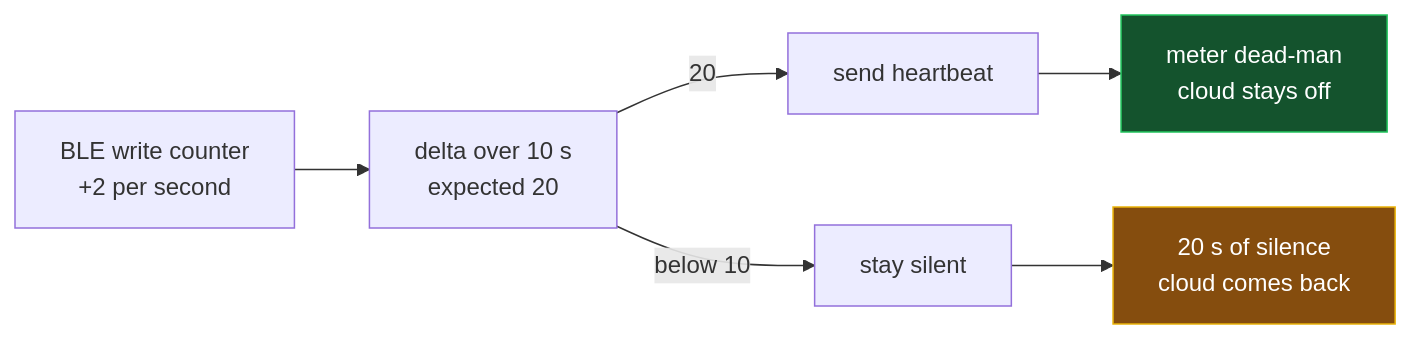
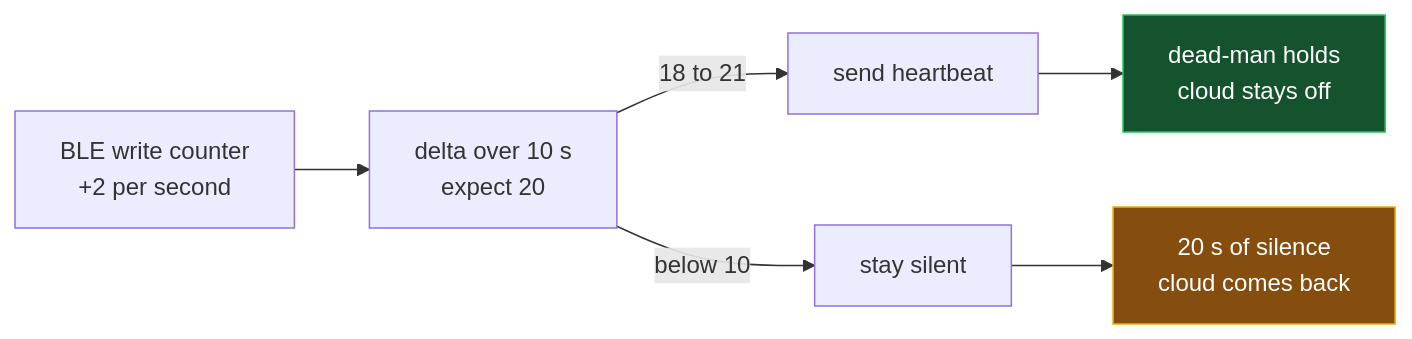
Diagram 16 of 17 in content/posts/ecoflow-zero-export-ble-meter-injection/index.md (phoinixgrr/mastori), drawn with Mermaid before and after one commit. The commit also changed other lines of this file, not shown here.

First line of the commit message:
Rewrite zero-export post: plainer prose, BIAS named, 17 diagrams

```diff
--- a/content/posts/ecoflow-zero-export-ble-meter-injection/index.md
+++ b/content/posts/ecoflow-zero-export-ble-meter-injection/index.md
@@ -519,11 +645,11 @@
 {{< mermaid >}}
 flowchart LR
-    W["BLE write counter<br/>+2 per second"] --> D["delta over 10 s<br/>expected 20"]
-    D -->|"20"| H["send heartbeat"]
+    W["BLE write counter<br/>+2 per second"] --> D["delta over 10 s<br/>expect 20"]
+    D -->|"18 to 21"| H["send heartbeat"]
     D -->|"below 10"| X["stay silent"]
-    H --> M["meter dead-man<br/>cloud stays off"]
+    H --> M["dead-man holds<br/>cloud stays off"]
     X --> F["20 s of silence<br/>cloud comes back"]
 
     style F fill:#854d0e,stroke:#eab308,color:#fff
     style M fill:#14532d,stroke:#22c55e,color:#fff
 {{< /mermaid >}}
```
